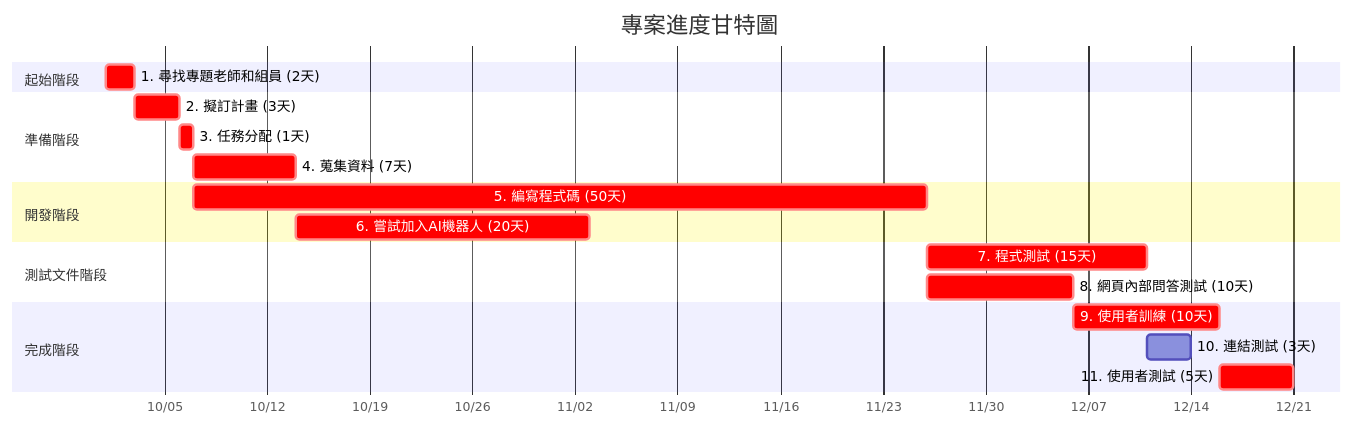
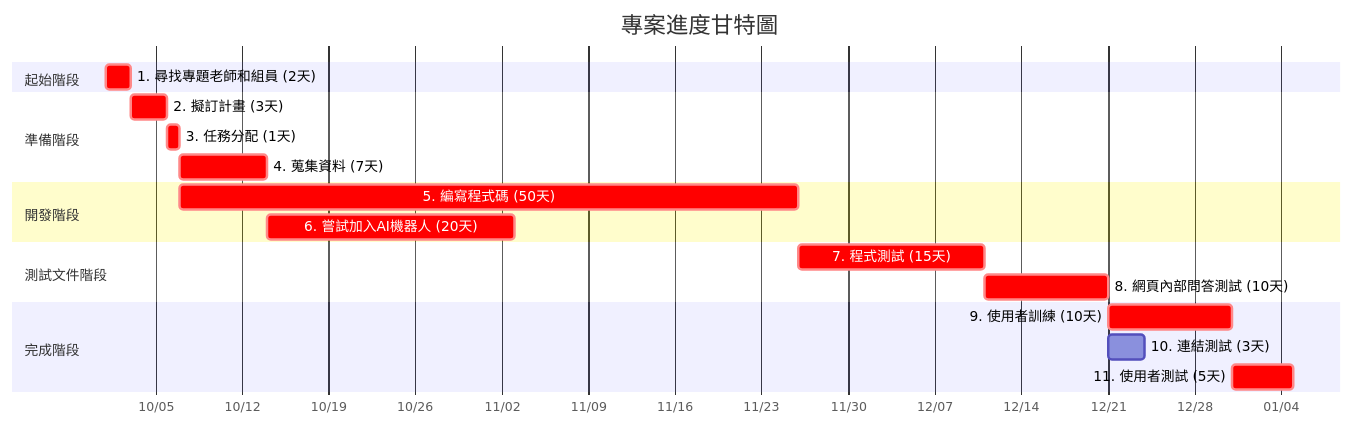
Before and after one commit to c112118202-droid/-: the second of 2 diagrams in hw2.md, drawn with Mermaid.

````diff
--- a/hw2.md
+++ b/hw2.md
@@ -29,27 +29,27 @@
 ```mermaid
 gantt
     title 專案進度甘特圖
     dateFormat YYYY-MM-DD
     axisFormat %m/%d
     
     section 起始階段
     1. 尋找專題老師和組員 (2天)     :crit, m1, 2025-10-01, 2d
     
     section 準備階段
     2. 擬訂計畫 (3天)     :crit, m2, after m1, 3d
     3. 任務分配 (1天)    :crit, m3, after m2, 1d
     4. 蒐集資料 (7天)    :crit, m4, after m3, 7d
 
     section 開發階段
     5. 編寫程式碼 (50天)    :crit, m5, after m3, 50d
     6. 嘗試加入AI機器人 (20天)    :crit, m6, after m4, 20d
     
     section 測試文件階段
     7. 程式測試 (15天)    :crit, m7, after m5, 15d
-    8. 網頁內部問答測試 (10天) :crit, m8, after m5, 10d
+    8. 網頁內部問答測試 (10天) :crit, m8, after m7, 10d
         
     section 完成階段
     9. 使用者訓練 (10天)    :crit, m9, after m8, 10d
     10. 連結測試 (3天)  :m10, after m7 m8, 3d
     11. 使用者測試 (5天)  :crit, m11, after m9 m10, 5d
 ```
````
